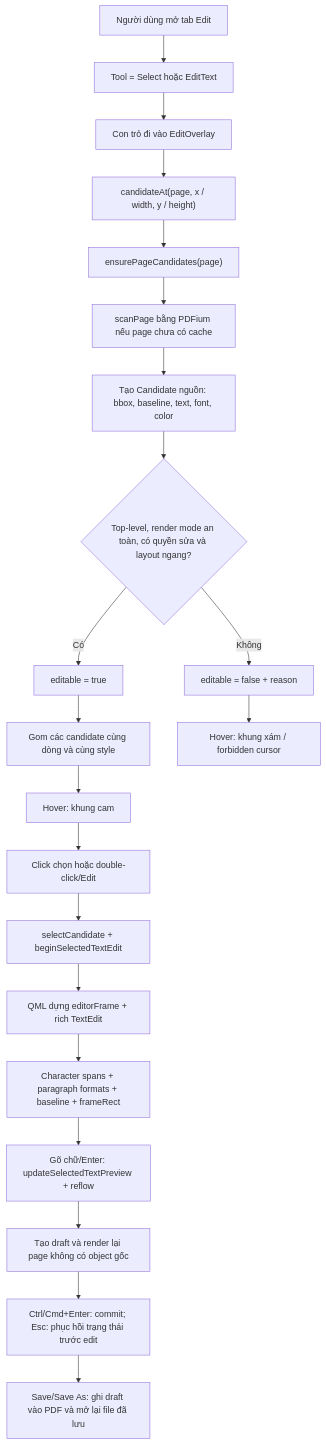
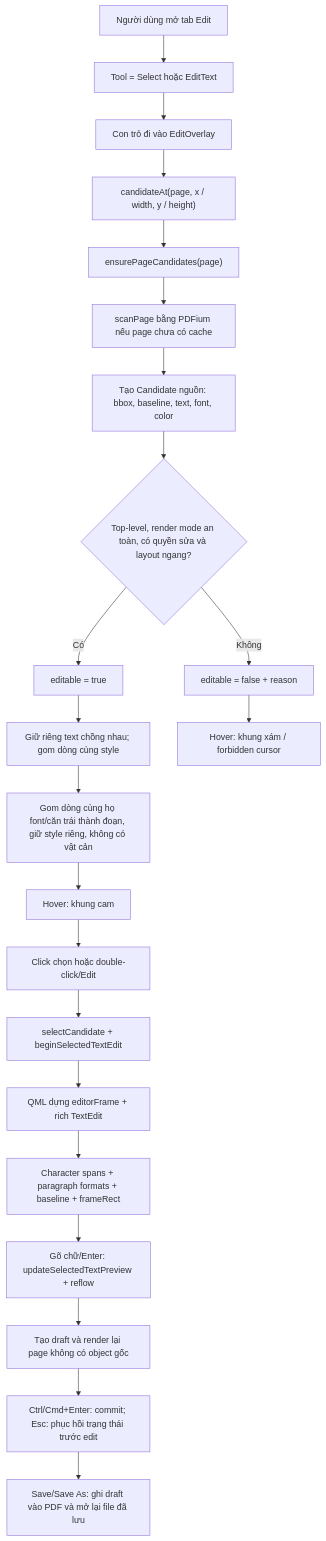
Before and after one commit to RaymondHuy/TrePDF: the diagram in docs/text-editing-pipeline.md, drawn with Mermaid. The commit also changed other lines of this file and 9 other files, not shown here.

````diff
--- a/docs/text-editing-pipeline.md
+++ b/docs/text-editing-pipeline.md
@@ -25,23 +25,24 @@
 ```mermaid
 flowchart TD
     A["Người dùng mở tab Edit"] --> B["Tool = Select hoặc EditText"]
     B --> C["Con trỏ đi vào EditOverlay"]
     C --> D["candidateAt(page, x / width, y / height)"]
     D --> E["ensurePageCandidates(page)"]
     E --> F["scanPage bằng PDFium nếu page chưa có cache"]
     F --> G["Tạo Candidate nguồn: bbox, baseline, text, font, color"]
     G --> H{"Top-level, render mode an toàn, có quyền sửa và layout ngang?"}
     H -- Có --> I["editable = true"]
     H -- Không --> J["editable = false + reason"]
-    I --> IA["Gom các candidate cùng dòng và cùng style"]
-    IA --> K["Hover: khung cam"]
+    I --> IA["Giữ riêng text chồng nhau; gom dòng cùng style"]
+    IA --> IB["Gom dòng cùng họ font/căn trái thành đoạn, giữ style riêng, không có vật cản"]
+    IB --> K["Hover: khung cam"]
     J --> L["Hover: khung xám / forbidden cursor"]
     K --> M["Click chọn hoặc double-click/Edit"]
     M --> N["selectCandidate + beginSelectedTextEdit"]
     N --> O["QML dựng editorFrame + rich TextEdit"]
     O --> P["Character spans + paragraph formats + baseline + frameRect"]
     P --> Q["Gõ chữ/Enter: updateSelectedTextPreview + reflow"]
     Q --> R["Tạo draft và render lại page không có object gốc"]
     R --> S["Ctrl/Cmd+Enter: commit; Esc: phục hồi trạng thái trước edit"]
     S --> T["Save/Save As: ghi draft vào PDF và mở lại file đã lưu"]
 ```
````
